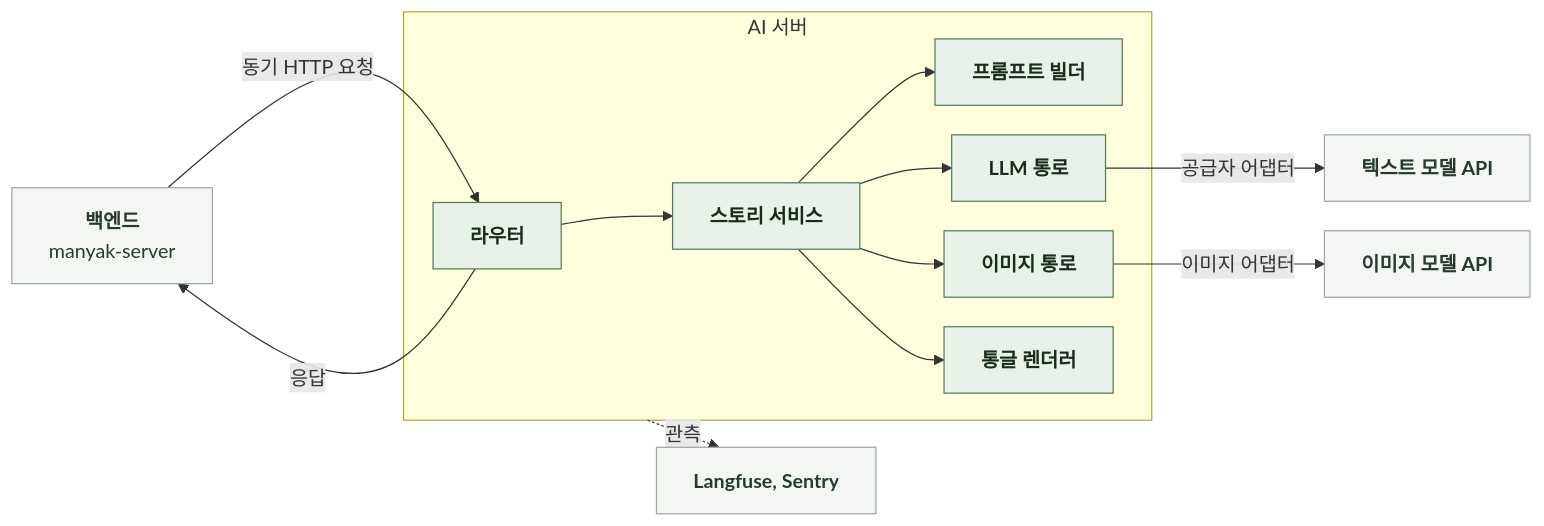
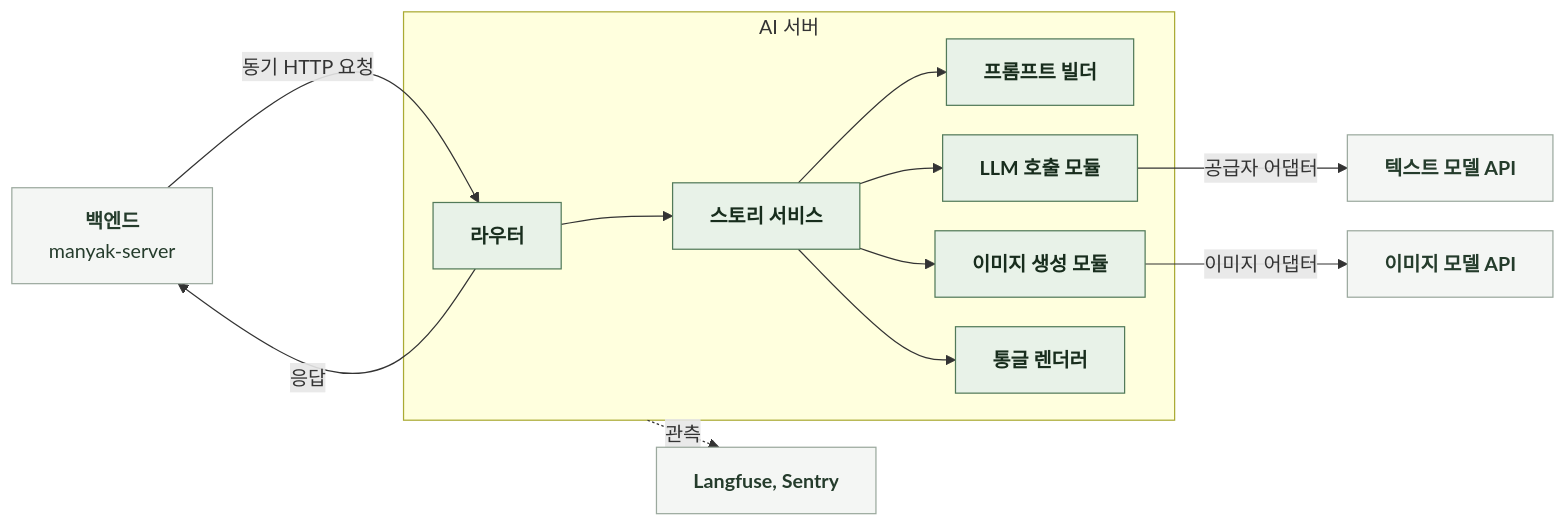
The first of 2 diagrams in docs/AI/SIMPLE-GENERATION-STORY/4-2-DESIGN-SOFTWARE-ARCHITECTURE.md (KIM-N-KANG/knk-harness), drawn with Mermaid before and after one commit. The commit also changed other lines of this file and 19 other files, not shown here.

````diff
--- a/docs/AI/SIMPLE-GENERATION-STORY/4-2-DESIGN-SOFTWARE-ARCHITECTURE.md
+++ b/docs/AI/SIMPLE-GENERATION-STORY/4-2-DESIGN-SOFTWARE-ARCHITECTURE.md
@@ -23,20 +23,20 @@
 ```mermaid
 %%{init: {"flowchart": {"curve": "basis", "htmlLabels": true, "nodeSpacing": 24, "rankSpacing": 48}}}%%
 flowchart LR
     B["<b>백엔드</b><br/>manyak-server"] -->|동기 HTTP 요청| R["<b>라우터</b>"]
     subgraph AI["AI 서버"]
         R --> S["<b>스토리 서비스</b>"]
         S --> P["<b>프롬프트 빌더</b>"]
-        S --> L["<b>LLM 통로</b>"]
-        S --> I["<b>이미지 통로</b>"]
+        S --> L["<b>LLM 호출 모듈</b>"]
+        S --> I["<b>이미지 생성 모듈</b>"]
         S --> T["<b>통글 렌더러</b>"]
     end
     L -->|공급자 어댑터| M["<b>텍스트 모델 API</b>"]
     I -->|이미지 어댑터| G["<b>이미지 모델 API</b>"]
     AI -.->|관측| O["<b>Langfuse, Sentry</b>"]
     R -->|응답| B
     classDef ext fill:#F4F6F4,stroke:#9BA99E,color:#253C2C
     classDef comp fill:#E8F2E8,stroke:#527A59,color:#182D1D
     class B,M,G,O ext
     class R,S,P,L,I,T comp
 ```
````
